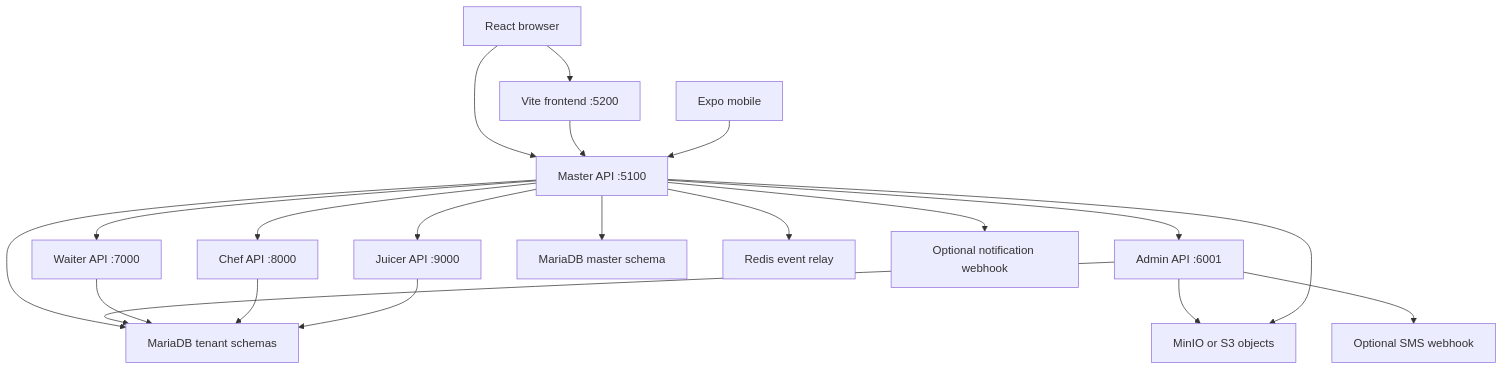
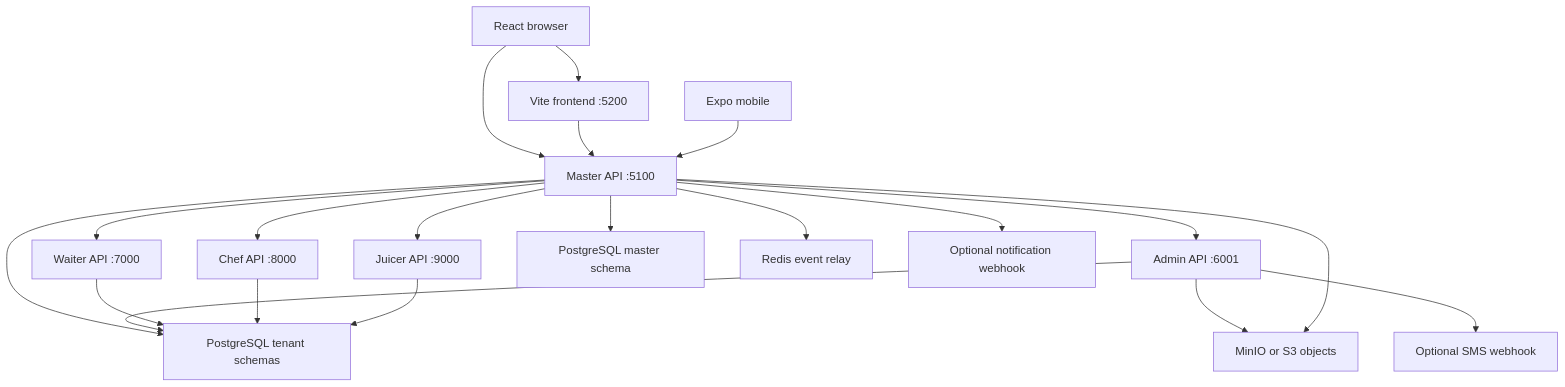
Before and after one commit to ReemusJanus/Hotelmanagement: the first of 5 diagrams in docs/pms/Hotel_Management_System_Complete_Documentation.md, drawn with Mermaid. The commit also changed other lines of this file and 25 other files, not shown here.

````diff
--- a/docs/pms/Hotel_Management_System_Complete_Documentation.md
+++ b/docs/pms/Hotel_Management_System_Complete_Documentation.md
@@ -159,22 +160,22 @@
 ```mermaid
 flowchart TD
   Browser[React browser] --> Web[Vite frontend :5200]
   Browser --> Master[Master API :5100]
   Web --> Master
   Mobile[Expo mobile] --> Master
   Master --> Admin[Admin API :6001]
   Master --> Waiter[Waiter API :7000]
   Master --> Chef[Chef API :8000]
   Master --> Juicer[Juicer API :9000]
-  Master --> Catalog[MariaDB master schema]
-  Master --> Tenants[MariaDB tenant schemas]
+  Master --> Catalog[PostgreSQL master schema]
+  Master --> Tenants[PostgreSQL tenant schemas]
   Admin --> Tenants
   Waiter --> Tenants
   Chef --> Tenants
   Juicer --> Tenants
   Master --> Redis[Redis event relay]
   Admin --> Objects[MinIO or S3 objects]
   Master --> Objects
   Admin --> SMS[Optional SMS webhook]
   Master --> Notices[Optional notification webhook]
 ```
````
